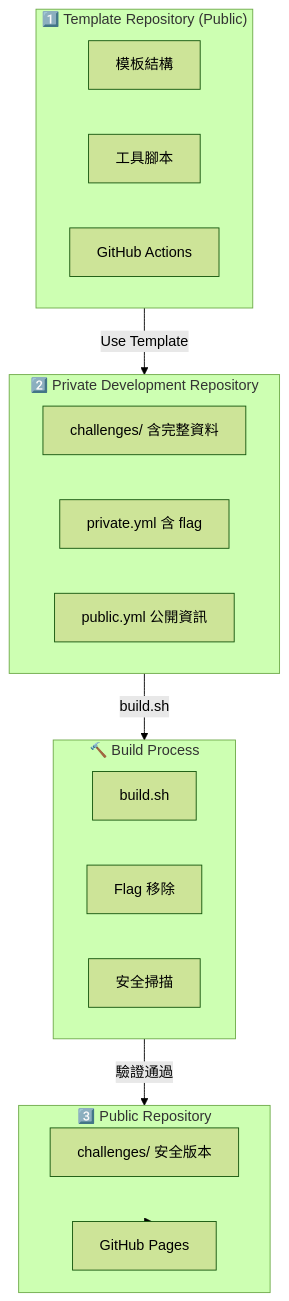
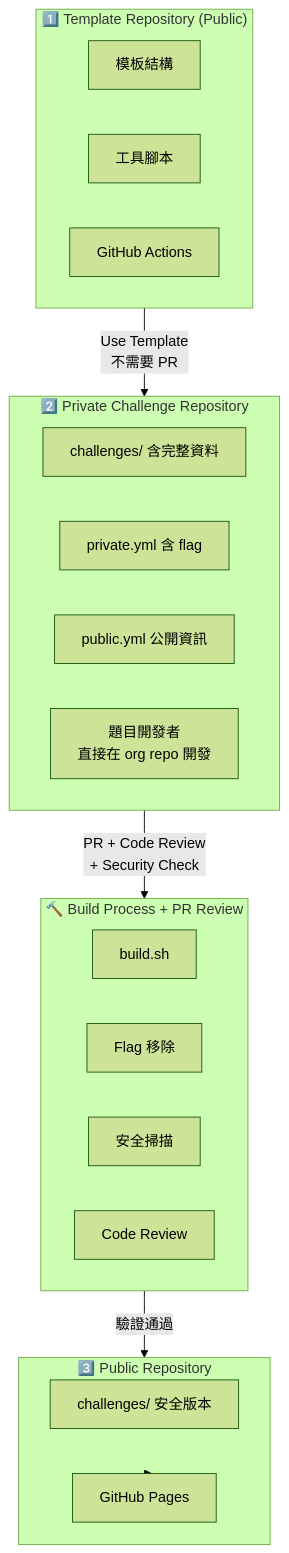
One commit to is1ab/is1ab-CTF-template changed the first of 2 diagrams in docs/security-workflow-guide.md. Above: the diagram before and after it, drawn with Mermaid (forest theme). The commit also changed other lines of this file and 7 other files, not shown here.

````diff
--- a/docs/security-workflow-guide.md
+++ b/docs/security-workflow-guide.md
@@ -44,30 +44,32 @@
 ```mermaid
 flowchart TB
     subgraph Template["1️⃣ Template Repository (Public)"]
         T1[模板結構]
         T2[工具腳本]
         T3[GitHub Actions]
     end
 
-    subgraph Private["2️⃣ Private Development Repository"]
+    subgraph Private["2️⃣ Private Challenge Repository"]
         P1[challenges/ 含完整資料]
         P2[private.yml 含 flag]
         P3[public.yml 公開資訊]
+        P4[題目開發者<br/>直接在 org repo 開發]
     end
 
-    subgraph Build["🔨 Build Process"]
+    subgraph Build["🔨 Build Process + PR Review"]
         B1[build.sh]
         B2[Flag 移除]
         B3[安全掃描]
+        B4[Code Review]
     end
 
     subgraph Public["3️⃣ Public Repository"]
         PUB1[challenges/ 安全版本]
         PUB2[GitHub Pages]
     end
 
-    Template -->|Use Template| Private
-    Private -->|build.sh| Build
+    Template -->|Use Template<br/>不需要 PR| Private
+    Private -->|PR + Code Review<br/>+ Security Check| Build
     Build -->|驗證通過| Public
     Public --> PUB2
 ```
````
